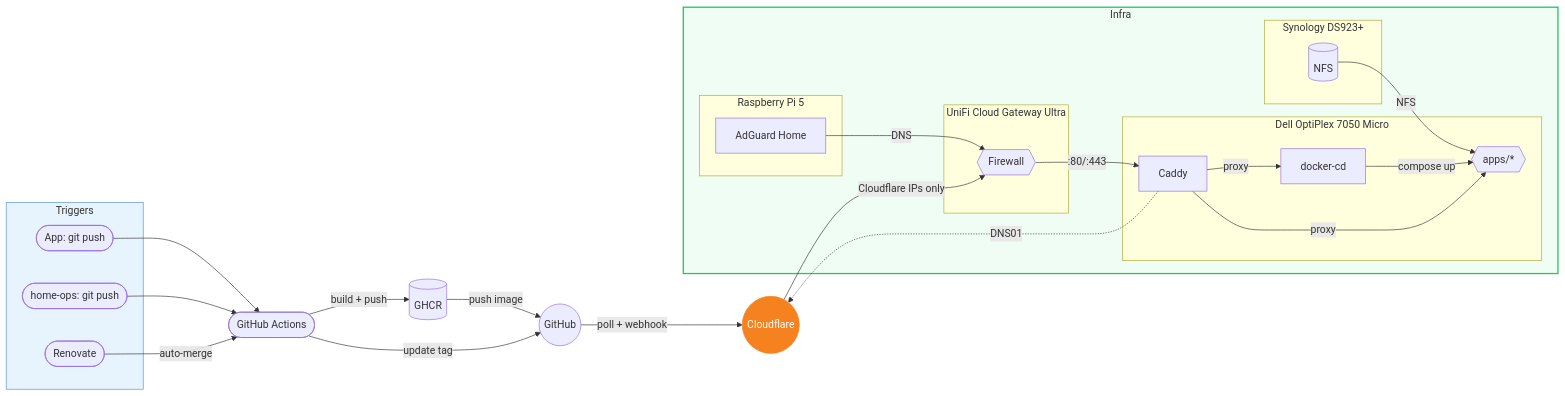
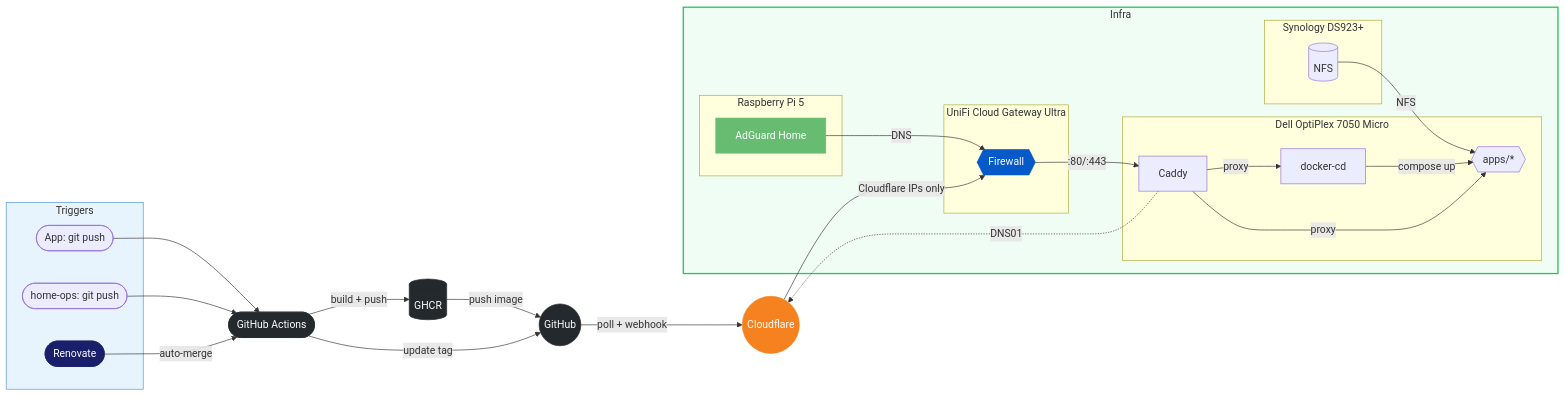
The diagram in README.md (wajeht/home-ops), drawn with Mermaid before and after one commit.

Commit message:
docs: add styling to flowchart diagram in readme file

````diff
--- a/README.md
+++ b/README.md
@@ -16,43 +16,49 @@
 ```mermaid
 flowchart LR
     subgraph triggers[Triggers]
         app_push([App: git push])
         ops_push([home-ops: git push])
         renovate([Renovate])
     end
 
     app_push --> ci([GitHub Actions]) -->|build + push| ghcr[(GHCR)]
     ghcr -->|push image| github((GitHub))
     ci -->|update tag| github
     ops_push --> ci
     renovate -->|auto-merge| ci
     github -->|poll + webhook| cf((Cloudflare)) -->|Cloudflare IPs only| unifi -->|:80/:443| caddy -->|proxy| docker_cd
 
     subgraph infra[Infra]
         subgraph dell[Dell OptiPlex 7050 Micro]
             docker_cd[docker-cd] -->|compose up| apps{{apps/*}}
             caddy[Caddy] -->|proxy| apps
         end
 
         subgraph nas[Synology DS923+]
             nfs[(NFS)]
         end
 
         subgraph ucg[UniFi Cloud Gateway Ultra]
             unifi{{Firewall}}
         end
 
         subgraph pi[Raspberry Pi 5]
             adguard[AdGuard Home]
         end
 
         nfs -->|NFS| apps
         adguard -->|DNS| unifi
     end
 
     caddy -.->|DNS01| cf
 
     style triggers fill:#e8f4fd,stroke:#4a90d9
     style infra fill:#f0fdf4,stroke:#22c55e,stroke-width:2px
     style cf fill:#f6821f,stroke:#f6821f,color:#fff
+    style github fill:#24292e,stroke:#24292e,color:#fff
+    style ghcr fill:#24292e,stroke:#24292e,color:#fff
+    style ci fill:#24292e,stroke:#24292e,color:#fff
+    style renovate fill:#1a1f6c,stroke:#1a1f6c,color:#fff
+    style adguard fill:#68bc71,stroke:#68bc71,color:#fff
+    style unifi fill:#0559c9,stroke:#0559c9,color:#fff
 ```
````
